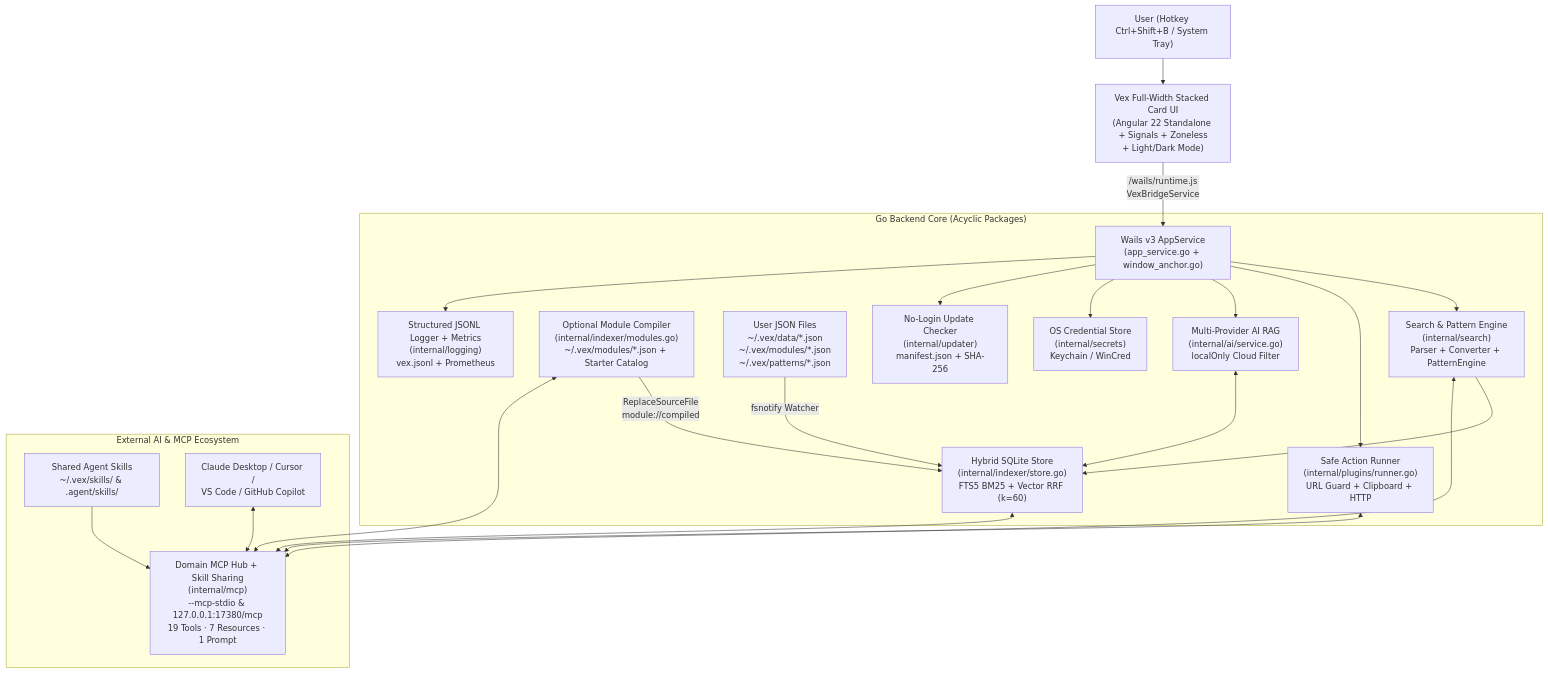
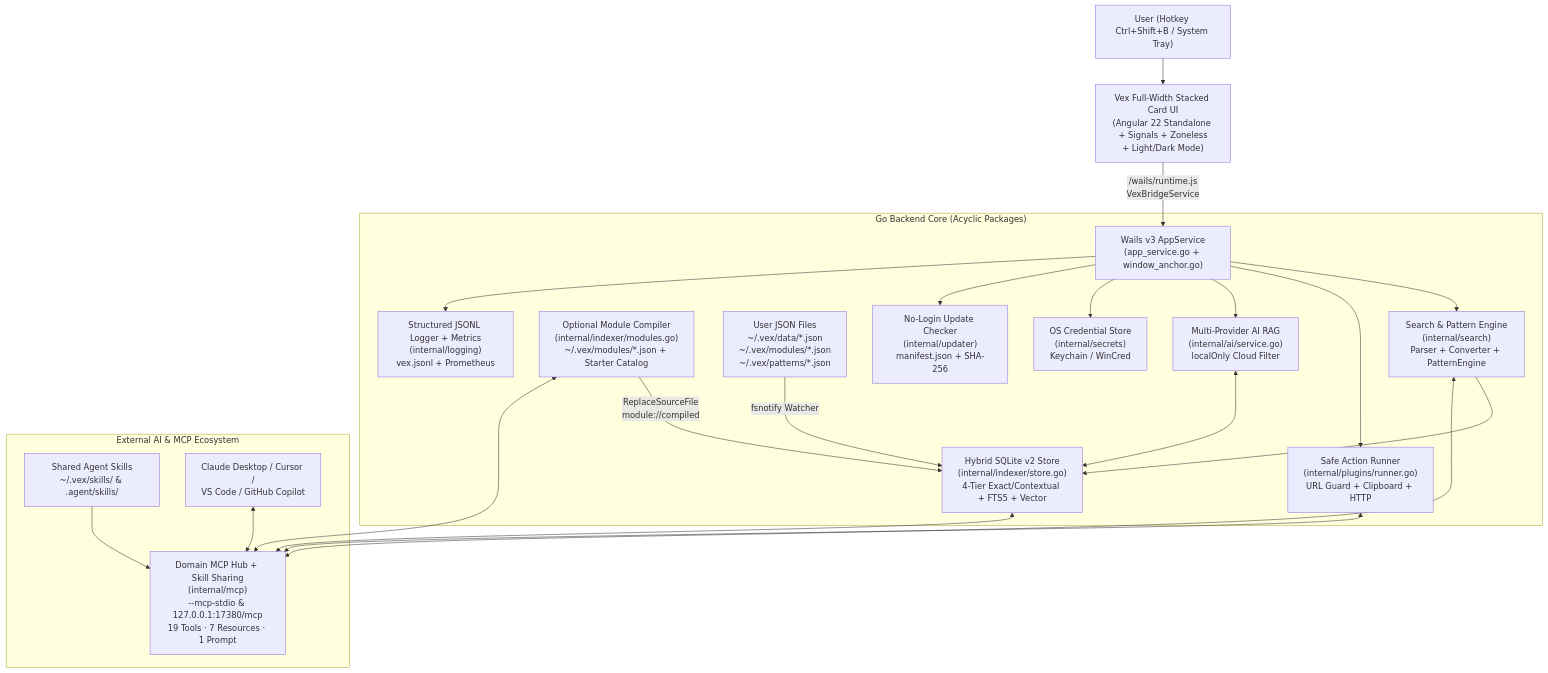
One commit to lebestiarii/vex-app changed the diagram in docs/ARCHITECTURE.md. Above: the diagram before and after it, drawn with Mermaid. The commit also changed other lines of this file and 15 other files, not shown here.

Commit message:
feat(search): tighten SQLite v2 schema, 4-tier exact/contextual ranking, and anti-sprawl cutoff

````diff
--- a/docs/ARCHITECTURE.md
+++ b/docs/ARCHITECTURE.md
@@ -10,29 +10,29 @@
 ```mermaid
 flowchart TD
     User["User (Hotkey Ctrl+Shift+B / System Tray)"] --> UI["Vex Full-Width Stacked Card UI\n(Angular 22 Standalone + Signals + Zoneless\n+ Light/Dark Mode)"]
     UI -->|"/wails/runtime.js\nVexBridgeService"| RPC["Wails v3 AppService\n(app_service.go + window_anchor.go)"]
 
     subgraph Core["Go Backend Core (Acyclic Packages)"]
         RPC --> Search["Search & Pattern Engine\n(internal/search)\nParser + Converter + PatternEngine"]
-        Search --> Store["Hybrid SQLite Store\n(internal/indexer/store.go)\nFTS5 BM25 + Vector RRF (k=60)"]
+        Search --> Store["Hybrid SQLite v2 Store\n(internal/indexer/store.go)\n4-Tier Exact/Contextual + FTS5 + Vector"]
         Modules["Optional Module Compiler\n(internal/indexer/modules.go)\n~/.vex/modules/*.json + Starter Catalog"] -->|"ReplaceSourceFile\nmodule://compiled"| Store
         UserData["User JSON Files\n~/.vex/data/*.json\n~/.vex/modules/*.json\n~/.vex/patterns/*.json"] -->|"fsnotify Watcher"| Store
         RPC --> Runner["Safe Action Runner\n(internal/plugins/runner.go)\nURL Guard + Clipboard + HTTP"]
         RPC --> AI["Multi-Provider AI RAG\n(internal/ai/service.go)\nlocalOnly Cloud Filter"]
         RPC --> Secrets["OS Credential Store\n(internal/secrets)\nKeychain / WinCred"]
         RPC --> Updater["No-Login Update Checker\n(internal/updater)\nmanifest.json + SHA-256"]
         RPC --> Log["Structured JSONL Logger + Metrics\n(internal/logging)\nvex.jsonl + Prometheus"]
     end
 
     subgraph External["External AI & MCP Ecosystem"]
         MCP["Domain MCP Hub + Skill Sharing\n(internal/mcp)\n--mcp-stdio & 127.0.0.1:17380/mcp\n19 Tools · 7 Resources · 1 Prompt"]
         Skills["Shared Agent Skills\n~/.vex/skills/ & .agent/skills/"] --> MCP
         Clients["Claude Desktop / Cursor /\nVS Code / GitHub Copilot"] <--> MCP
     end
 
     Store <--> MCP
     Search <--> MCP
     Runner <--> MCP
     Modules <--> MCP
     AI <--> Store
 ```
````
